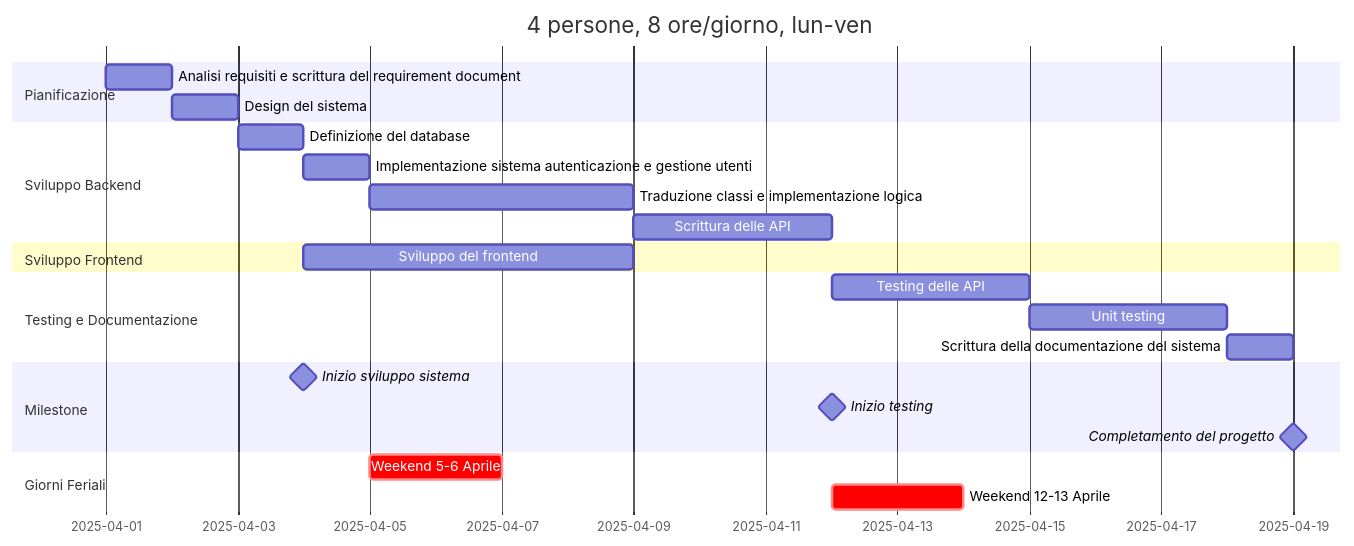
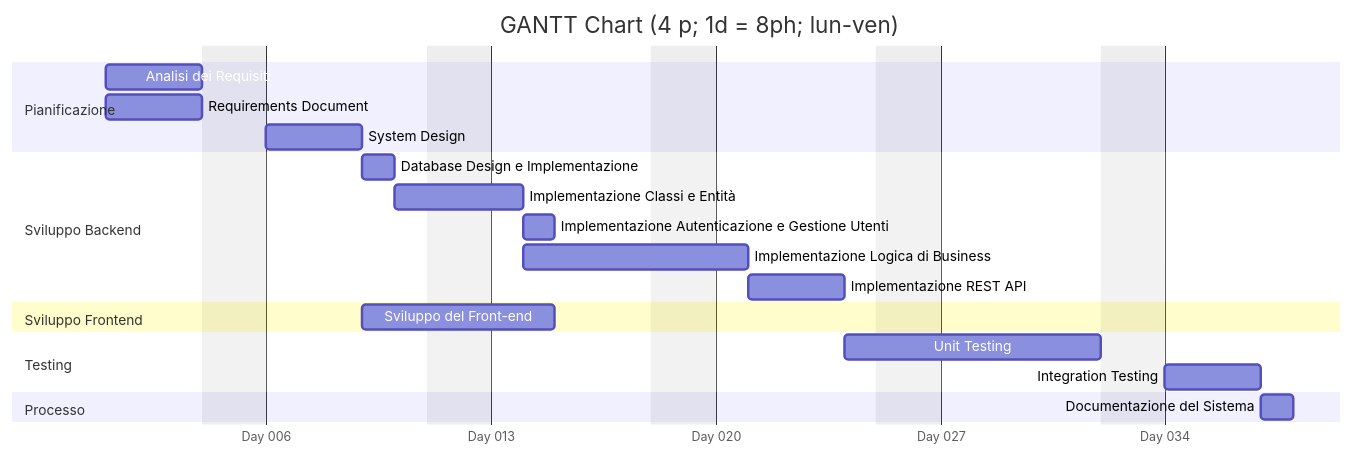
One commit to luigiaceto/geocontrol changed the diagram in doc/Estimation.md. Above: the diagram before and after it, drawn with Mermaid. The commit also changed other lines of this file, not shown here.

````diff
--- a/doc/Estimation.md
+++ b/doc/Estimation.md
@@ -66,33 +81,34 @@
 ```mermaid
+
 gantt
-    title 4 persone, 8 ore/giorno, lun-ven
+    title GANTT Chart (4 p; 1d = 8ph; lun-ven)
     dateFormat  YYYY-MM-DD
     todayMarker off
+    tickinterval 1week
+	excludes weekends
+	axisformat Day %j
+	weekday monday
+
+    section Pianificazione
+    	Analisi dei Requisiti								:a1, 2025-01-01, 2.5d
+   		Requirements Document								:a2, 2025-01-01, 2.5d
+		System Design										:a3, after a1, 2.5d
+
+    section Sviluppo Backend
+		Database Design e Implementazione					:b1, after a3, 0.5d
+		Implementazione Classi e Entità						:b2, after b1, 1.5d
+		Implementazione Autenticazione e Gestione Utenti	:b5, after b2, 1d
+		Implementazione Logica di Business                  :b3, after b2, 5d
+		Implementazione REST API							:b4, after b3, 3d
+
+	section Sviluppo Frontend
+		Sviluppo del Front-end								:c1, after a3, 4d
+
+	section Testing
+		Unit Testing									    :d1, after b4, 6.25d
+		Integration Testing								    :d2, after d1, 2.5d
     
-    section Pianificazione
-    Analisi requisiti e scrittura del requirement document :a1, 2025-04-01, 1d
-    Design del sistema                                     :a2, after a1, 1d
-    
-    section Sviluppo Backend
-    Definizione del database                                 :b1, after a2, 1d
-    Implementazione sistema autenticazione e gestione utenti :b2, after b1, 1d
-    Traduzione classi e implementazione logica               :b3, after b2, 4d
-    Scrittura delle API                                      :b4, after b3, 3d
-    
-    section Sviluppo Frontend
-    Sviluppo del frontend                                   :c1, after b1, 5d
-    
-    section Testing e Documentazione
-    Testing delle API                                       :d1, after b4, 3d
-    Unit testing                                            :d2, after d1, 3d
-    Scrittura della documentazione del sistema              :d3, after d2, 1d
-    
-    section Milestone
-    Inizio sviluppo sistema                                 :milestone, after b1, 0d
-    Inizio testing                                          :milestone, after b4, 0d
-    Completamento del progetto                              :milestone, after d3, 0d
-    
-    section Giorni Feriali
-    Weekend 5-6 Aprile       :crit, 2025-04-05, 2d
-    Weekend 12-13 Aprile     :crit, 2025-04-12, 2d
+    section Processo
+		Documentazione del Sistema							:e1, after d2, 1.25d
+
 ```
````
